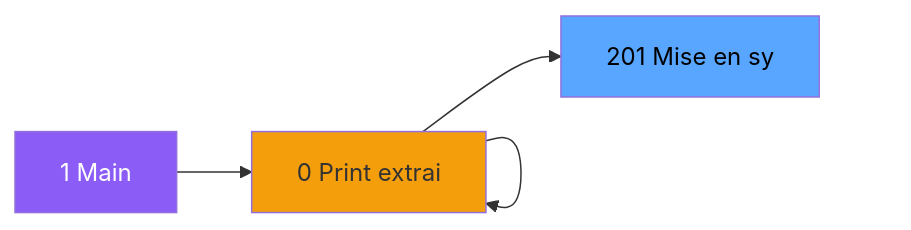
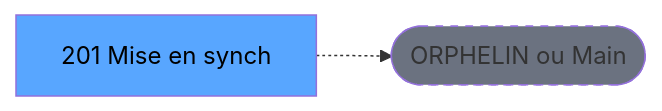
The second of 3 diagrams in .openspec/renders/ADH-IDE-201.md (thonyAGP/lecteur-magic), drawn with Mermaid before and after one commit. The commit also changed other lines of this file and 701 other files, not shown here.

````diff
--- a/.openspec/renders/ADH-IDE-201.md
+++ b/.openspec/renders/ADH-IDE-201.md
@@ -105,23 +117,8 @@
 ```mermaid
 graph LR
-    M[1 Main]
-    N0[0 Histo ventes]
-    N0[0 Histo ventes]
-    N0[0 Transaction ]
-    N0[0 Histo ventes]
-    N0[0 Print extrai]
-    T[201   Mise en sy]
-    M --> N0
-    N0 --> N0
-    N0 --> N0
-    N0 --> N0
-    N0 --> N0
-    N0 --> T
-    style M fill:#8b5cf6,color:#fff
-    style N0 fill:#f59e0b
-    style N0 fill:#f59e0b
-    style N0 fill:#f59e0b
-    style N0 fill:#f59e0b
-    style N0 fill:#f59e0b
+    T[201   Mise en synch]
+    ORPHAN([ORPHELIN ou Main])
+    T -.-> ORPHAN
     style T fill:#58a6ff,color:#000
+    style ORPHAN fill:#6b7280,stroke-dasharray: 5 5
 ```
````
